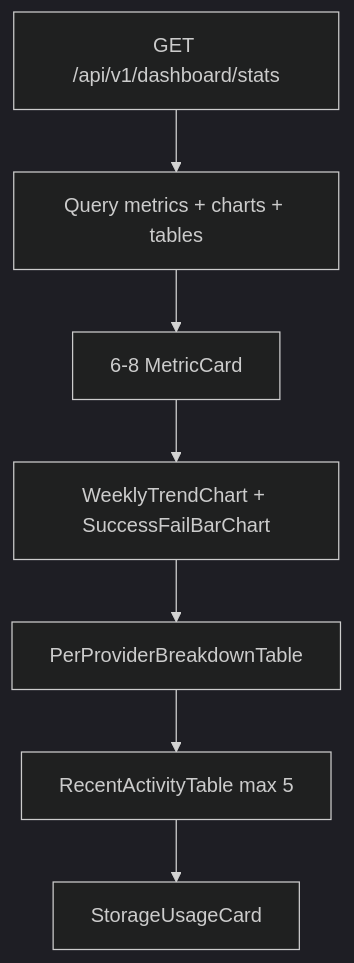
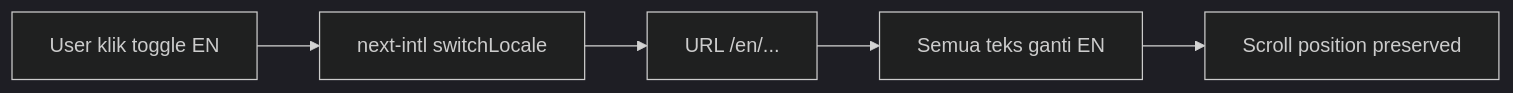
Before and after one commit to agrianwahab29/agrinode-promptflow: the second of 3 diagrams in product-docs/UIUX_SPEC.md, drawn with Mermaid (dark theme). The commit also changed other lines of this file and 44 other files, not shown here.

````diff
--- a/product-docs/UIUX_SPEC.md
+++ b/product-docs/UIUX_SPEC.md
@@ -576,9 +474,7 @@
 ```mermaid
-flowchart TD
-    A[GET /api/v1/dashboard/stats] --> B[Query metrics + charts + tables]
-    B --> C[6-8 MetricCard]
-    C --> D[WeeklyTrendChart + SuccessFailBarChart]
-    D --> E[PerProviderBreakdownTable]
-    E --> F[RecentActivityTable max 5]
-    F --> G[StorageUsageCard]
+flowchart LR
+    A[User klik toggle EN] --> B[next-intl switchLocale]
+    B --> C[URL /en/...]
+    C --> D[Semua teks ganti EN]
+    D --> E[Scroll position preserved]
 ```
````
